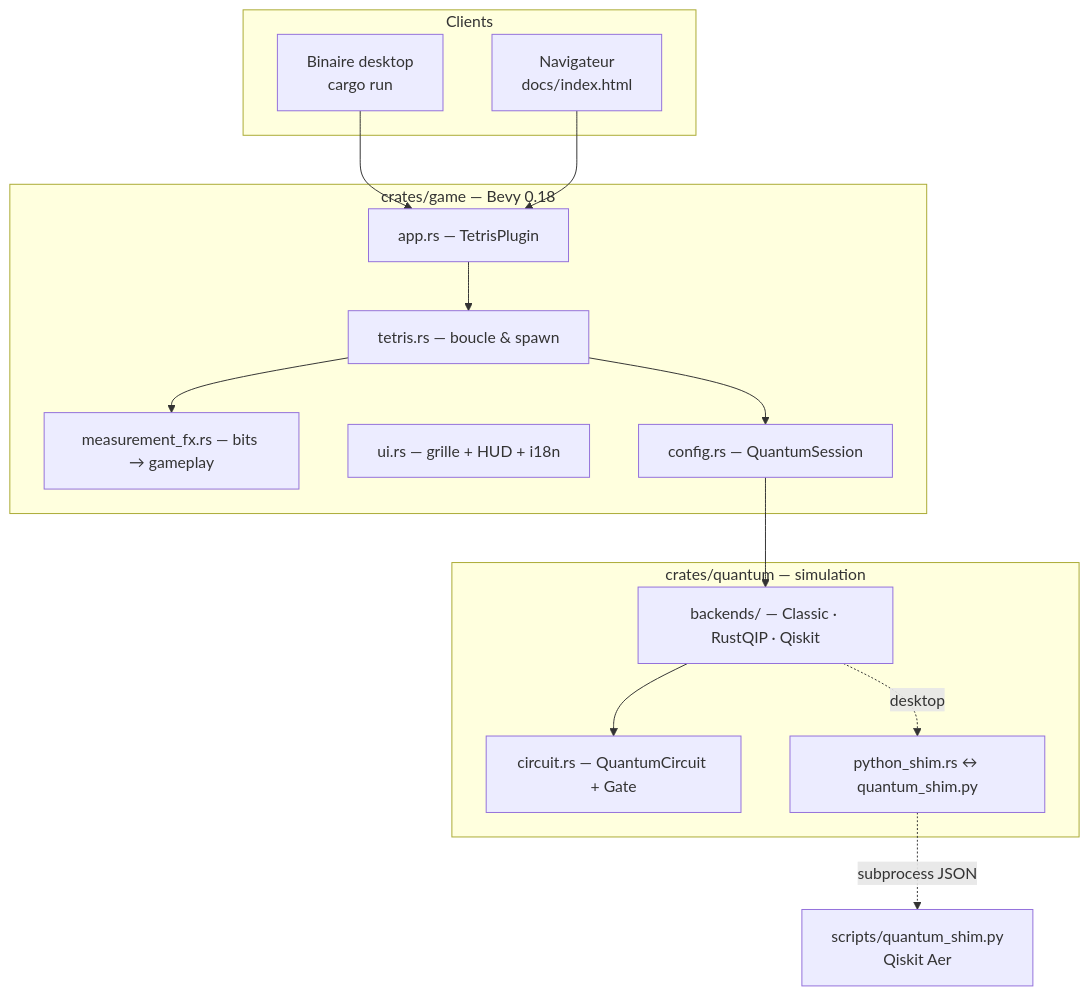
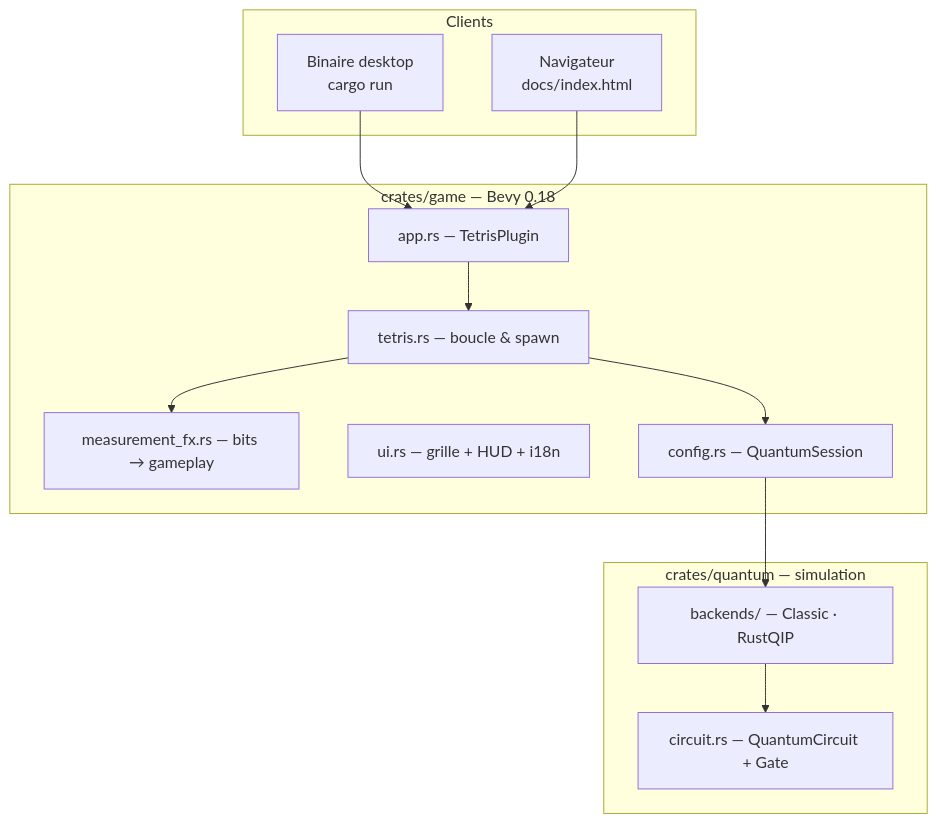
The first of 2 diagrams in README.fr.md (thepriben/quantum-tetris), drawn with Mermaid before and after one commit. The commit also changed other lines of this file and 38 other files, not shown here.

````diff
--- a/README.fr.md
+++ b/README.fr.md
@@ -104,31 +103,28 @@
 ```mermaid
 flowchart TB
   subgraph clients["Clients"]
     DESK["Binaire desktop<br/>cargo run"]
     WASM["Navigateur<br/>docs/index.html"]
   end
 
   subgraph game["crates/game — Bevy 0.18"]
     APP["app.rs — TetrisPlugin"]
     TET["tetris.rs — boucle & spawn"]
     FX["measurement_fx.rs — bits → gameplay"]
     UI["ui.rs — grille + HUD + i18n"]
     CFG["config.rs — QuantumSession"]
   end
 
   subgraph quantum["crates/quantum — simulation"]
     IR["circuit.rs — QuantumCircuit + Gate"]
-    BE["backends/ — Classic · RustQIP · Qiskit"]
-    SHIM["python_shim.rs ↔ quantum_shim.py"]
+    BE["backends/ — Classic · RustQIP"]
   end
 
   DESK --> APP
   WASM --> APP
   APP --> TET
   TET --> FX
   TET --> CFG
   CFG --> BE
   BE --> IR
-  BE -.->|desktop| SHIM
-  SHIM -.->|subprocess JSON| PY["scripts/quantum_shim.py<br/>Qiskit Aer"]
 ```
````
